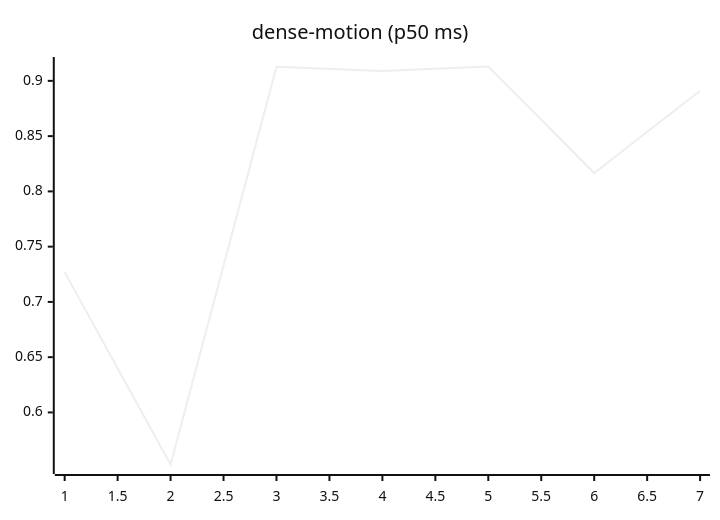
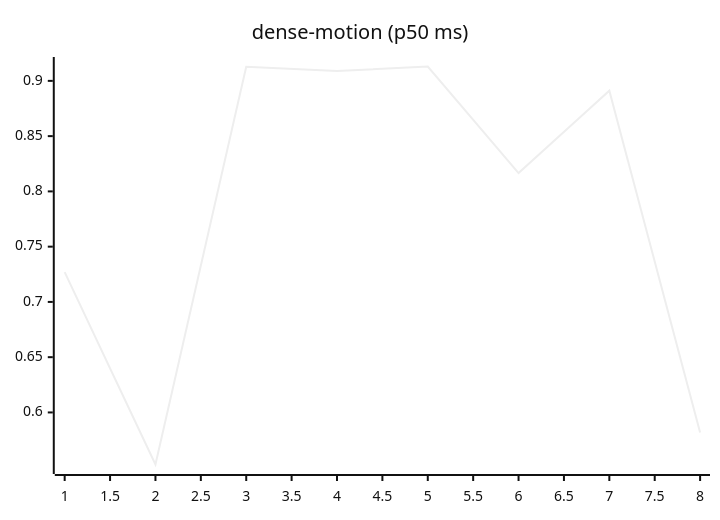
Before and after one commit to josha/Facet: the ninth of 27 diagrams in README.md, drawn with Mermaid (neutral theme). The commit also changed other lines of this file and 2 other files, not shown here.

````diff
--- a/README.md
+++ b/README.md
@@ -119,6 +119,6 @@
 ```mermaid
 xychart-beta
     title "dense-motion (p50 ms)"
-    x-axis 1 --> 7
-    line [0.7269, 0.5529, 0.9128, 0.9089, 0.9130, 0.8166, 0.8911]
+    x-axis 1 --> 8
+    line [0.7269, 0.5529, 0.9128, 0.9089, 0.9130, 0.8166, 0.8911, 0.5818]
 ```
````
